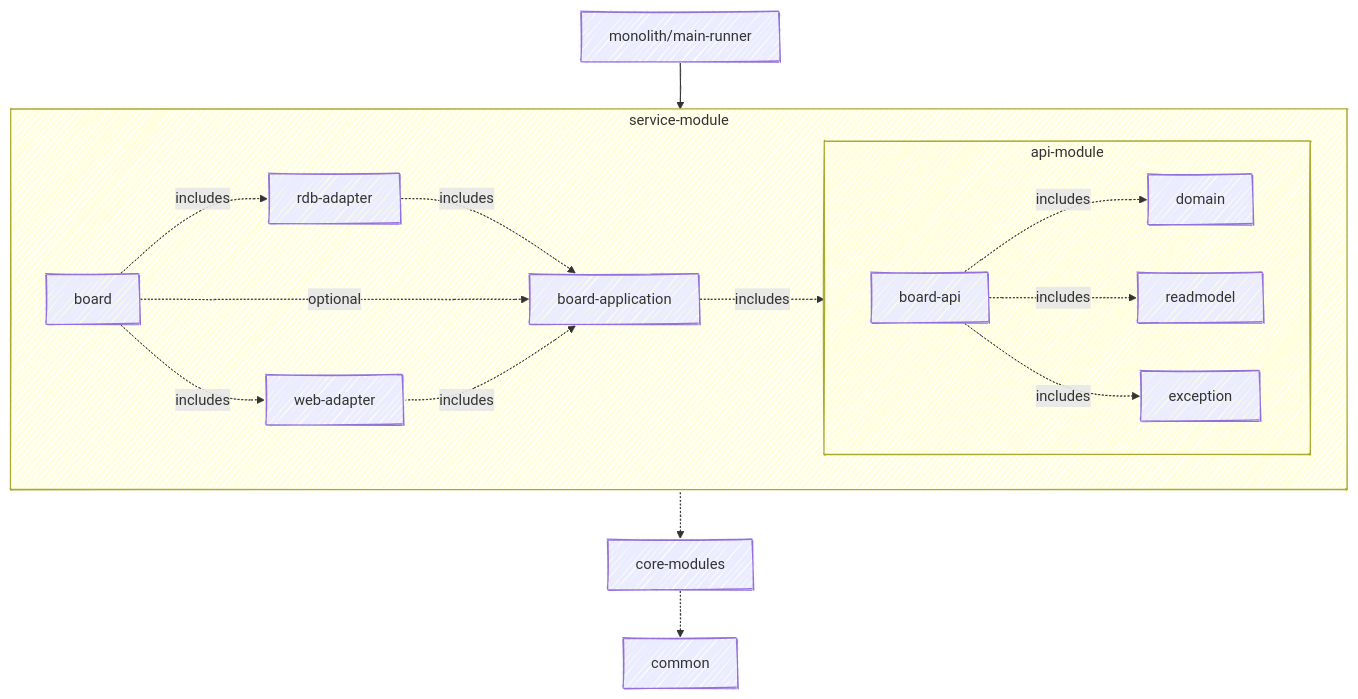
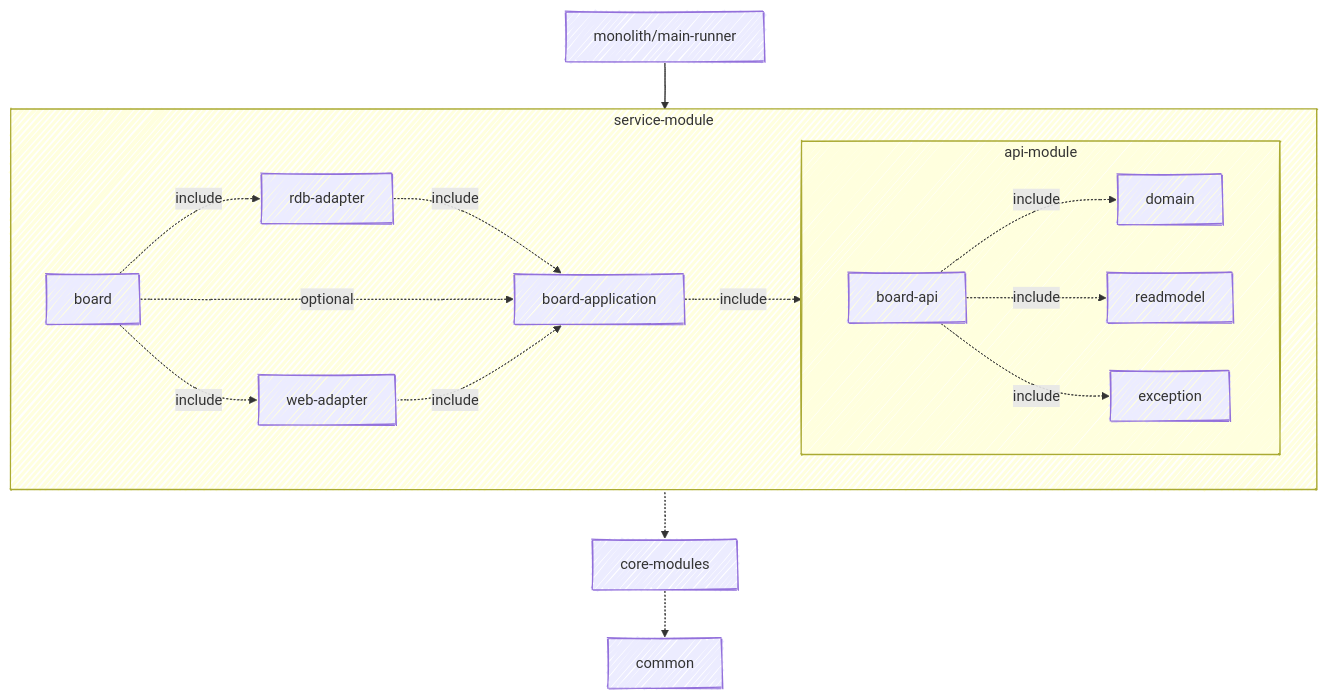
One commit to nettee-space/backend-sample-multi-module changed the first of 2 diagrams in README.md. Above: the diagram before and after it, drawn with Mermaid.

Commit message:
docs(readme): shorten mermaid flowchart arrows

````diff
--- a/README.md
+++ b/README.md
@@ -43,23 +43,23 @@
 ```mermaid
 %%{init: {'look': 'handDrawn'}}%%
 flowchart TB
     monolith/main-runner --> service-module
     
     subgraph service-module
         direction LR
 
-        board -. includes .-> rdb-adapter -. includes .-> board-application
-        board -. optional .-> board-application
-        board -. includes .-> web-adapter -. includes .-> board-application
+        board -.->|include| rdb-adapter -.->|include| board-application
+        board -.->|optional| board-application
+        board -.->|include| web-adapter -.->|include| board-application
         
-        board-application -. includes .-> api-module
+        board-application -.->|include| api-module
 
         subgraph api-module
             direction LR
-            board-api -. includes .-> domain & readmodel & exception
+            board-api -.->|include| domain & readmodel & exception
         end
     end
 
     service-module -.-> core-modules
     core-modules -.-> common
 ```
````
